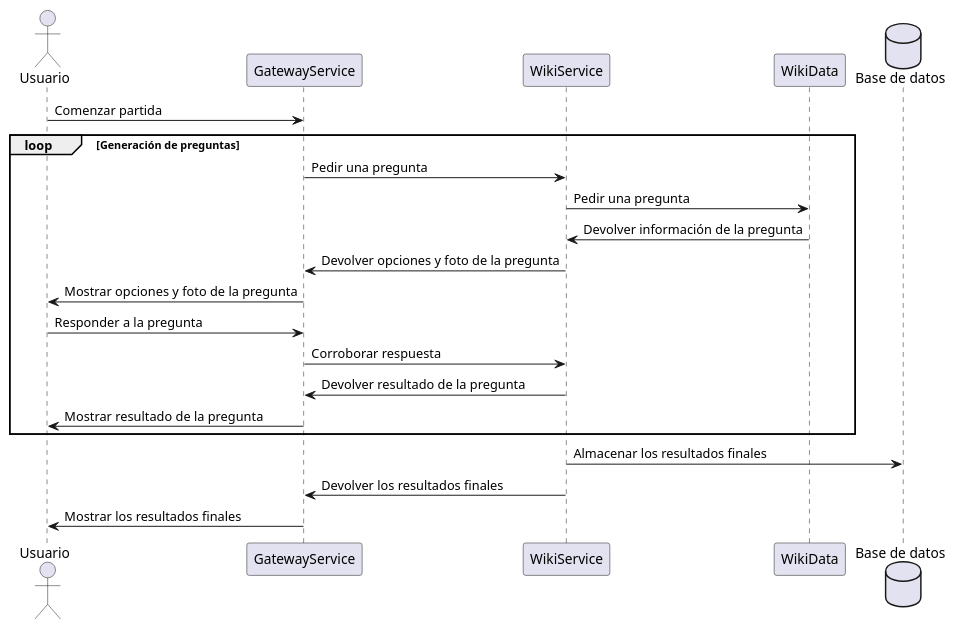
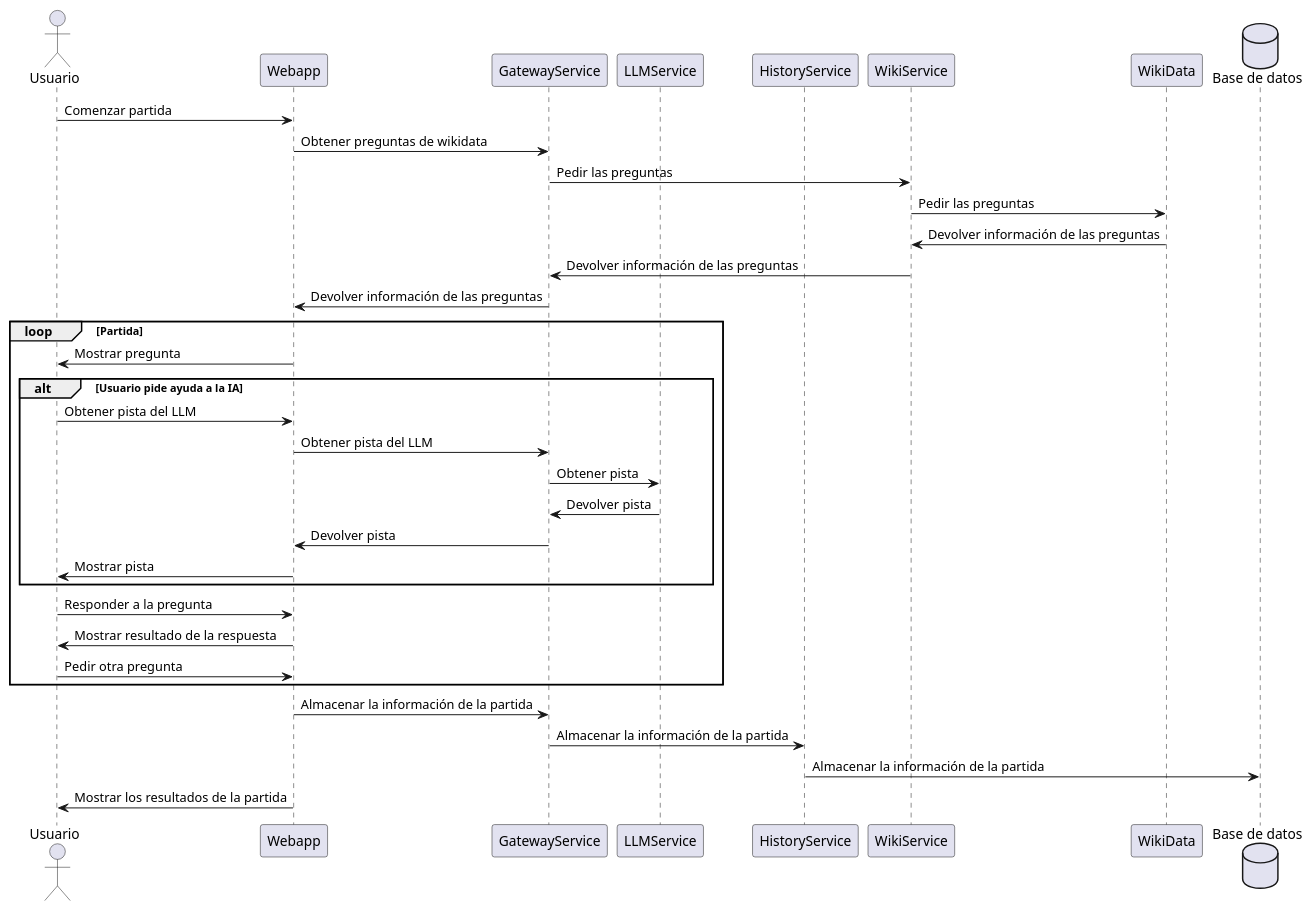
One commit to Arquisoft/wichat_es5a changed the third of 3 diagrams in docs/src/06_runtime_view.adoc. Above: the diagram before and after it, drawn with PlantUML. The commit also changed other lines of this file, not shown here.

Commit message:
Actualización de los diagramas del punto 6 de la documentación

```diff
--- a/docs/src/06_runtime_view.adoc
+++ b/docs/src/06_runtime_view.adoc
@@ -102,26 +102,39 @@
 [plantuml,"Play diagram",png]
 ----
 
 actor Usuario
+participant "Webapp" as W
 participant "GatewayService" as GS
+participant "LLMService" as LLM
+participant "HistoryService" as HS
 participant "WikiService" as WS
 participant "WikiData" as WD
 database "Base de datos" as DB
 
-Usuario -> GS: Comenzar partida
-loop Generación de preguntas
-    GS -> WS: Pedir una pregunta
-    WS -> WD: Pedir una pregunta
-    WD -> WS: Devolver información de la pregunta
-    WS -> GS: Devolver opciones y foto de la pregunta
-    GS -> Usuario: Mostrar opciones y foto de la pregunta
-    Usuario -> GS: Responder a la pregunta
-    GS -> WS: Corroborar respuesta
-    WS -> GS: Devolver resultado de la pregunta
-    GS -> Usuario: Mostrar resultado de la pregunta
+Usuario -> W: Comenzar partida
+W -> GS: Obtener preguntas de wikidata
+GS -> WS: Pedir las preguntas
+WS -> WD: Pedir las preguntas
+WD -> WS: Devolver información de las preguntas
+WS -> GS: Devolver información de las preguntas
+GS -> W: Devolver información de las preguntas
+loop Partida
+    W -> Usuario: Mostrar pregunta
+    alt Usuario pide ayuda a la IA
+        Usuario -> W: Obtener pista del LLM
+        W -> GS: Obtener pista del LLM
+        GS -> LLM: Obtener pista
+        LLM -> GS: Devolver pista
+        GS -> W: Devolver pista
+        W -> Usuario: Mostrar pista
+    end
+    Usuario -> W: Responder a la pregunta
+    W -> Usuario: Mostrar resultado de la respuesta
+    Usuario -> W: Pedir otra pregunta
 end
-WS -> DB: Almacenar los resultados finales
-WS -> GS: Devolver los resultados finales
-GS -> Usuario: Mostrar los resultados finales
+W -> GS: Almacenar la información de la partida
+GS -> HS: Almacenar la información de la partida
+HS -> DB: Almacenar la información de la partida
+W -> Usuario: Mostrar los resultados de la partida
 
 ----
```
